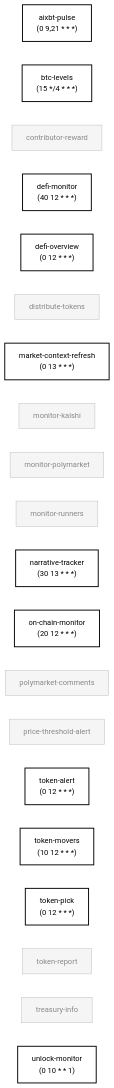
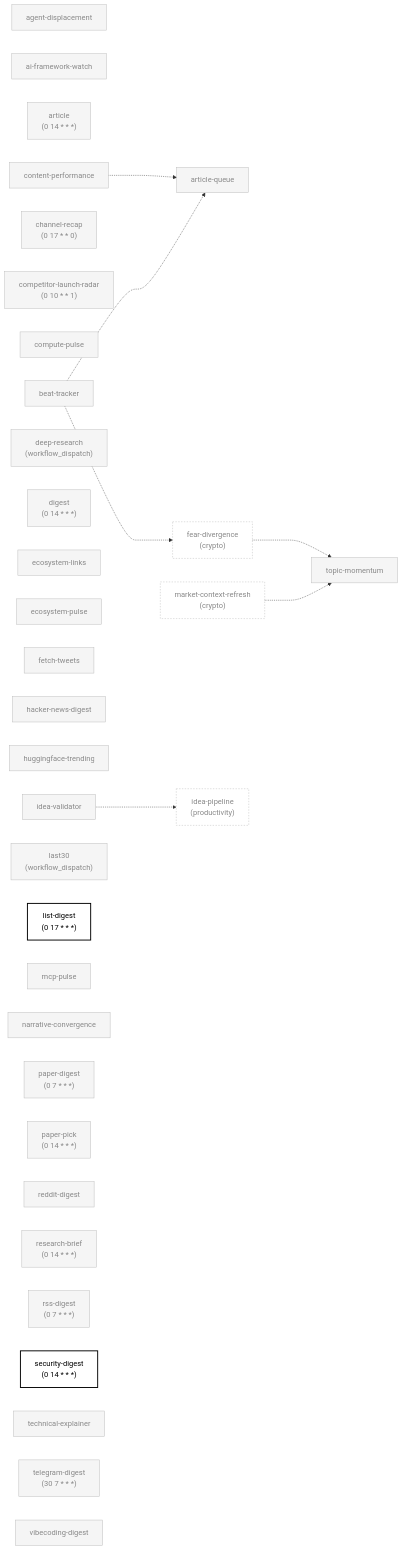
Before and after one commit to anajuliabit/aeon: the third of 7 diagrams in docs/skill-graph.md, drawn with Mermaid. The commit also changed other lines of this file and 2 other files, not shown here.

First line of the commit message:
docs(skill-graph): regenerate map (NEW_SKILLS: +68 | ENABLED_DELTA: -2 | DEPENDS_ON: 4->5 | SHARED_STATE: 9->36)

````diff
--- a/docs/skill-graph.md
+++ b/docs/skill-graph.md
@@ -61,65 +64,107 @@
 ```mermaid
 flowchart LR
-  aixbt_pulse["aixbt-pulse<br/>(0 9,21 * * *)"]
-  btc_levels["btc-levels<br/>(15 */4 * * *)"]
-  contributor_reward["contributor-reward"]
-  defi_monitor["defi-monitor<br/>(40 12 * * *)"]
-  defi_overview["defi-overview<br/>(0 12 * * *)"]
-  distribute_tokens["distribute-tokens"]
-  market_context_refresh["market-context-refresh<br/>(0 13 * * *)"]
-  monitor_kalshi["monitor-kalshi"]
-  monitor_polymarket["monitor-polymarket"]
-  monitor_runners["monitor-runners"]
-  narrative_tracker["narrative-tracker<br/>(30 13 * * *)"]
-  on_chain_monitor["on-chain-monitor<br/>(20 12 * * *)"]
-  polymarket_comments["polymarket-comments"]
-  price_threshold_alert["price-threshold-alert"]
-  token_alert["token-alert<br/>(0 12 * * *)"]
-  token_movers["token-movers<br/>(10 12 * * *)"]
-  token_pick["token-pick<br/>(0 12 * * *)"]
-  token_report["token-report"]
-  treasury_info["treasury-info"]
-  unlock_monitor["unlock-monitor<br/>(0 10 * * 1)"]
-  class aixbt_pulse enabled
-  click aixbt_pulse "../skills/aixbt-pulse/SKILL.md"
-  class btc_levels enabled
-  click btc_levels "../skills/btc-levels/SKILL.md"
-  class contributor_reward disabled
-  click contributor_reward "../skills/contributor-reward/SKILL.md"
-  class defi_monitor enabled
-  click defi_monitor "../skills/defi-monitor/SKILL.md"
-  class defi_overview enabled
-  click defi_overview "../skills/defi-overview/SKILL.md"
-  class distribute_tokens disabled
-  click distribute_tokens "../skills/distribute-tokens/SKILL.md"
-  class market_context_refresh enabled
-  click market_context_refresh "../skills/market-context-refresh/SKILL.md"
-  class monitor_kalshi disabled
-  click monitor_kalshi "../skills/monitor-kalshi/SKILL.md"
-  class monitor_polymarket disabled
-  click monitor_polymarket "../skills/monitor-polymarket/SKILL.md"
-  class monitor_runners disabled
-  click monitor_runners "../skills/monitor-runners/SKILL.md"
-  class narrative_tracker enabled
-  click narrative_tracker "../skills/narrative-tracker/SKILL.md"
-  class on_chain_monitor enabled
-  click on_chain_monitor "../skills/on-chain-monitor/SKILL.md"
-  class polymarket_comments disabled
-  click polymarket_comments "../skills/polymarket-comments/SKILL.md"
-  class price_threshold_alert disabled
-  click price_threshold_alert "../skills/price-threshold-alert/SKILL.md"
-  class token_alert enabled
-  click token_alert "../skills/token-alert/SKILL.md"
-  class token_movers enabled
-  click token_movers "../skills/token-movers/SKILL.md"
-  class token_pick enabled
-  click token_pick "../skills/token-pick/SKILL.md"
-  class token_report disabled
-  click token_report "../skills/token-report/SKILL.md"
-  class treasury_info disabled
-  click treasury_info "../skills/treasury-info/SKILL.md"
-  class unlock_monitor enabled
-  click unlock_monitor "../skills/unlock-monitor/SKILL.md"
+  agent_displacement["agent-displacement"]
+  click agent_displacement "../skills/agent-displacement/SKILL.md"
+  ai_framework_watch["ai-framework-watch"]
+  click ai_framework_watch "../skills/ai-framework-watch/SKILL.md"
+  article["article<br/>(0 14 * * *)"]
+  click article "../skills/article/SKILL.md"
+  article_queue["article-queue"]
+  click article_queue "../skills/article-queue/SKILL.md"
+  beat_tracker["beat-tracker"]
+  click beat_tracker "../skills/beat-tracker/SKILL.md"
+  channel_recap["channel-recap<br/>(0 17 * * 0)"]
+  click channel_recap "../skills/channel-recap/SKILL.md"
+  competitor_launch_radar["competitor-launch-radar<br/>(0 10 * * 1)"]
+  click competitor_launch_radar "../skills/competitor-launch-radar/SKILL.md"
+  compute_pulse["compute-pulse"]
+  click compute_pulse "../skills/compute-pulse/SKILL.md"
+  content_performance["content-performance"]
+  click content_performance "../skills/content-performance/SKILL.md"
+  deep_research["deep-research<br/>(workflow_dispatch)"]
+  click deep_research "../skills/deep-research/SKILL.md"
+  digest["digest<br/>(0 14 * * *)"]
+  click digest "../skills/digest/SKILL.md"
+  ecosystem_links["ecosystem-links"]
+  click ecosystem_links "../skills/ecosystem-links/SKILL.md"
+  ecosystem_pulse["ecosystem-pulse"]
+  click ecosystem_pulse "../skills/ecosystem-pulse/SKILL.md"
+  fetch_tweets["fetch-tweets"]
+  click fetch_tweets "../skills/fetch-tweets/SKILL.md"
+  hacker_news_digest["hacker-news-digest"]
+  click hacker_news_digest "../skills/hacker-news-digest/SKILL.md"
+  huggingface_trending["huggingface-trending"]
+  click huggingface_trending "../skills/huggingface-trending/SKILL.md"
+  idea_validator["idea-validator"]
+  click idea_validator "../skills/idea-validator/SKILL.md"
+  last30["last30<br/>(workflow_dispatch)"]
+  click last30 "../skills/last30/SKILL.md"
+  list_digest["list-digest<br/>(0 17 * * *)"]
+  click list_digest "../skills/list-digest/SKILL.md"
+  mcp_pulse["mcp-pulse"]
+  click mcp_pulse "../skills/mcp-pulse/SKILL.md"
+  narrative_convergence["narrative-convergence"]
+  click narrative_convergence "../skills/narrative-convergence/SKILL.md"
+  paper_digest["paper-digest<br/>(0 7 * * *)"]
+  click paper_digest "../skills/paper-digest/SKILL.md"
+  paper_pick["paper-pick<br/>(0 14 * * *)"]
+  click paper_pick "../skills/paper-pick/SKILL.md"
+  reddit_digest["reddit-digest"]
+  click reddit_digest "../skills/reddit-digest/SKILL.md"
+  research_brief["research-brief<br/>(0 14 * * *)"]
+  click research_brief "../skills/research-brief/SKILL.md"
+  rss_digest["rss-digest<br/>(0 7 * * *)"]
+  click rss_digest "../skills/rss-digest/SKILL.md"
+  security_digest["security-digest<br/>(0 14 * * *)"]
+  click security_digest "../skills/security-digest/SKILL.md"
+  technical_explainer["technical-explainer"]
+  click technical_explainer "../skills/technical-explainer/SKILL.md"
+  telegram_digest["telegram-digest<br/>(30 7 * * *)"]
+  click telegram_digest "../skills/telegram-digest/SKILL.md"
+  topic_momentum["topic-momentum"]
+  click topic_momentum "../skills/topic-momentum/SKILL.md"
+  vibecoding_digest["vibecoding-digest"]
+  click vibecoding_digest "../skills/vibecoding-digest/SKILL.md"
+  content_performance -..-> article_queue
+  beat_tracker -..-> article_queue
+  beat_tracker -..-> ext_fear_divergence
+  ext_fear_divergence -..-> topic_momentum
+  ext_market_context_refresh -..-> topic_momentum
+  idea_validator -..-> ext_idea_pipeline
+  ext_fear_divergence["fear-divergence<br/>(crypto)"]:::external
+  ext_idea_pipeline["idea-pipeline<br/>(productivity)"]:::external
+  ext_market_context_refresh["market-context-refresh<br/>(crypto)"]:::external
+  class agent_displacement disabled
+  class ai_framework_watch disabled
+  class article disabled
+  class article_queue disabled
+  class beat_tracker disabled
+  class channel_recap disabled
+  class competitor_launch_radar disabled
+  class compute_pulse disabled
+  class content_performance disabled
+  class deep_research disabled
+  class digest disabled
+  class ecosystem_links disabled
+  class ecosystem_pulse disabled
+  class fetch_tweets disabled
+  class hacker_news_digest disabled
+  class huggingface_trending disabled
+  class idea_validator disabled
+  class last30 disabled
+  class list_digest enabled
+  class mcp_pulse disabled
+  class narrative_convergence disabled
+  class paper_digest disabled
+  class paper_pick disabled
+  class reddit_digest disabled
+  class research_brief disabled
+  class rss_digest disabled
+  class security_digest enabled
+  class technical_explainer disabled
+  class telegram_digest disabled
+  class topic_momentum disabled
+  class vibecoding_digest disabled
   classDef enabled fill:#fff,stroke:#000,stroke-width:2px,color:#000
   classDef disabled fill:#f5f5f5,stroke:#bbb,color:#888
   classDef external fill:none,stroke:#bbb,stroke-dasharray:3 3,color:#888
````
